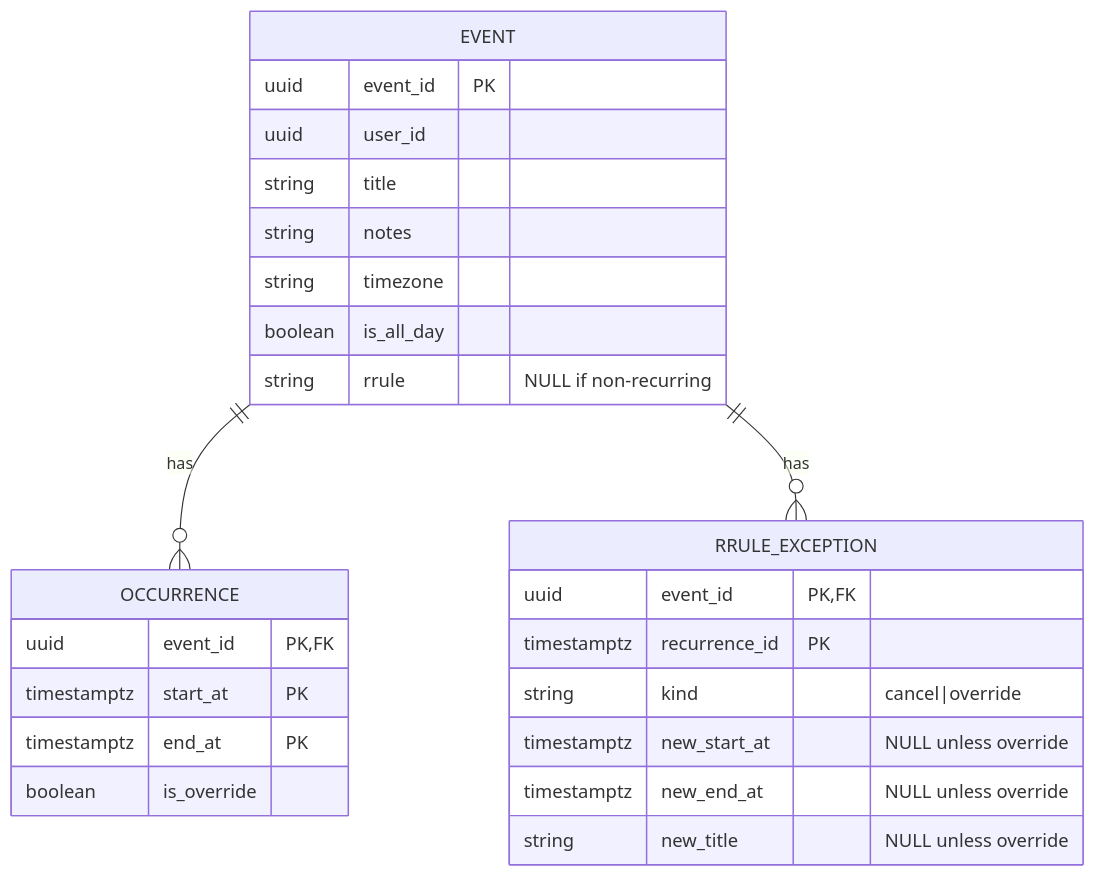
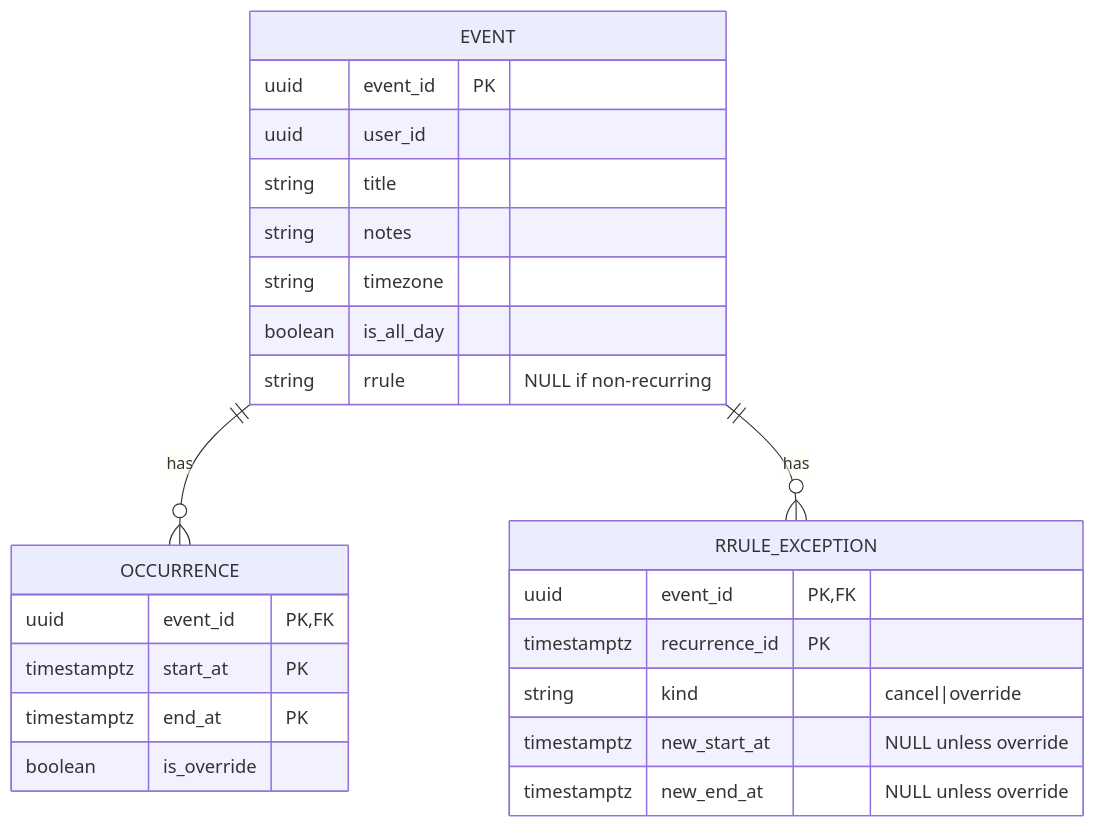
The diagram in Planning/db.md (ConnorHall938/PiCal), drawn with Mermaid before and after one commit. The commit also changed 5 other files, not shown here.

Commit message:
Added schemas for files, along with mermaid chart for them. Add endpoint that creates table WORKING

````diff
--- a/Planning/db.md
+++ b/Planning/db.md
@@ -1,31 +1,30 @@
 ```mermaid
 erDiagram
   EVENT ||--o{ OCCURRENCE : "has"
   EVENT ||--o{ RRULE_EXCEPTION : "has"
 
   EVENT {
     uuid event_id PK
     uuid user_id
     string title
     string notes
     string timezone
     boolean is_all_day
     string rrule "NULL if non-recurring"
   }
 
   OCCURRENCE {
     uuid event_id PK,FK
     timestamptz start_at PK
     timestamptz end_at PK
     boolean is_override
   }
 
   RRULE_EXCEPTION {
     uuid event_id PK,FK
     timestamptz recurrence_id PK
     string kind "cancel|override"
     timestamptz new_start_at "NULL unless override"
     timestamptz new_end_at "NULL unless override"
-    string new_title "NULL unless override"
   }
 ```
````
